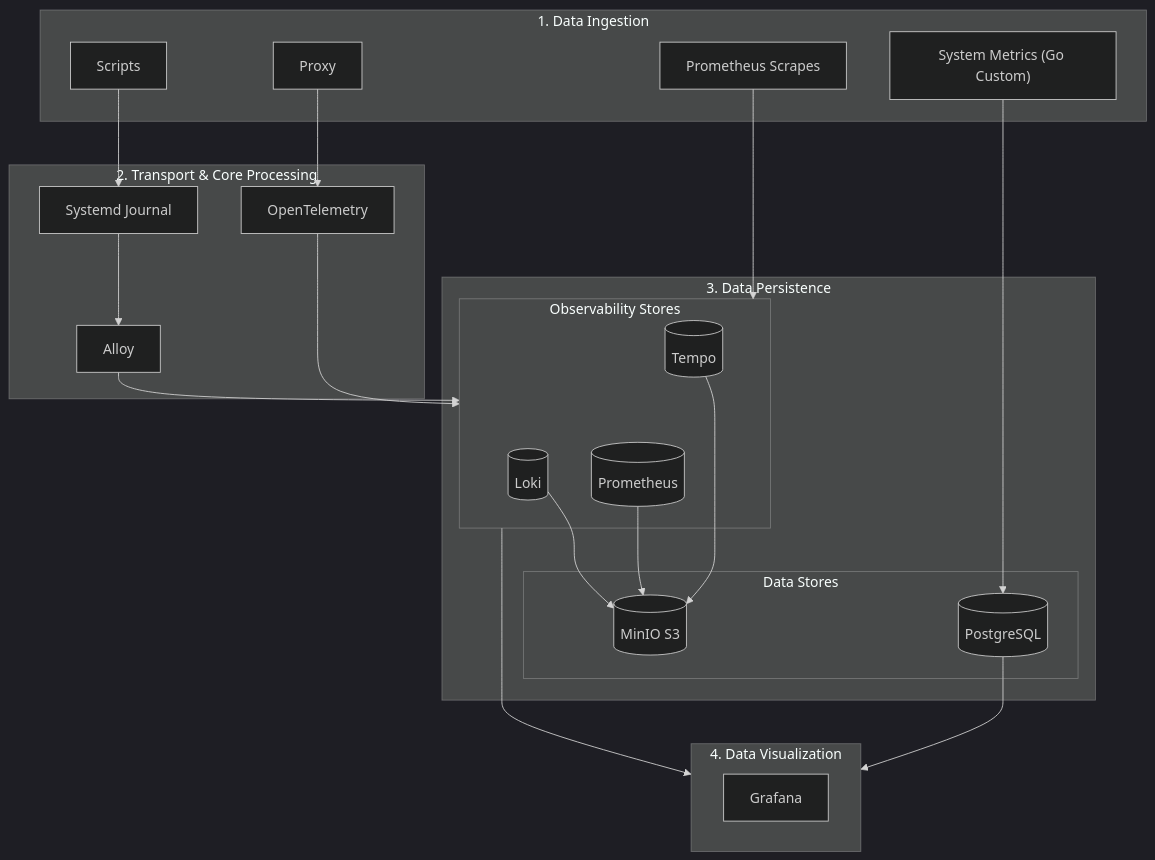
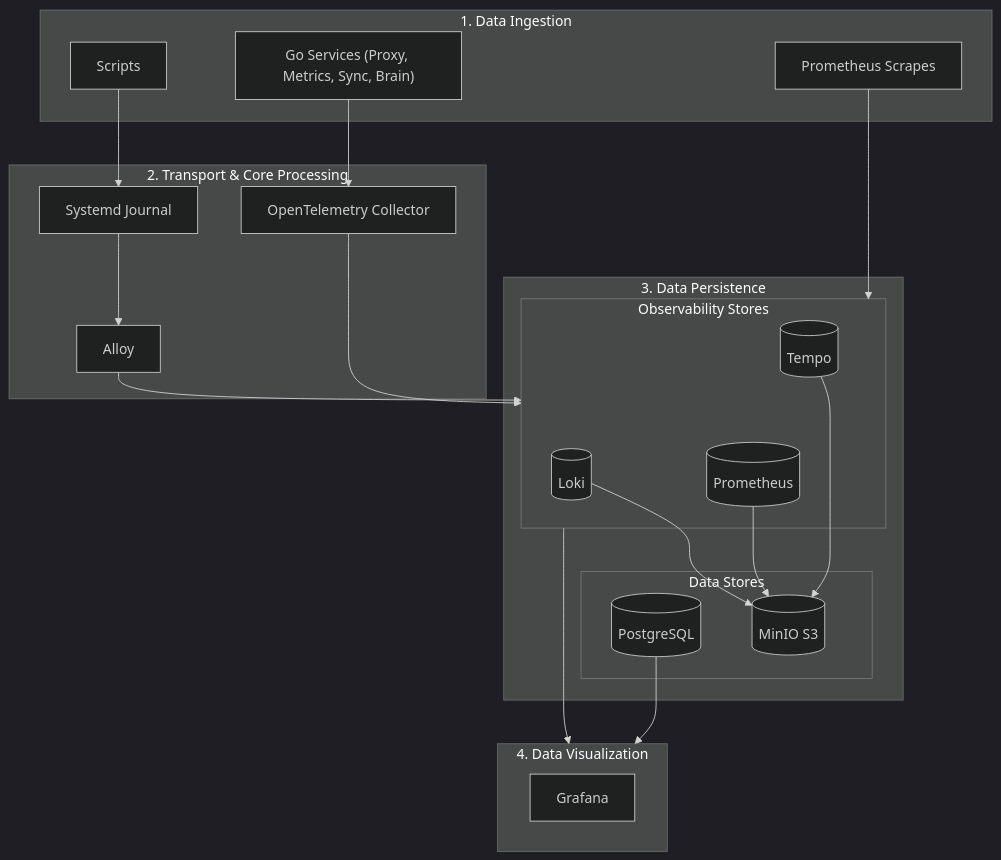
The diagram in docs/architecture/core-concepts/observability.md (victoriacheng15/observability-hub), drawn with Mermaid (dark theme) before and after one commit. The commit also changed other lines of this file and 10 other files, not shown here.

Commit message:
docs: memorialize pure wrapper architecture and advanced observability signals (#220)

````diff
--- a/docs/architecture/core-concepts/observability.md
+++ b/docs/architecture/core-concepts/observability.md
@@ -7,49 +7,47 @@
 ```mermaid
 graph TD
     subgraph Ingestion ["1. Data Ingestion"]
         ScriptLogs[Scripts]
-        Proxy[Proxy]
+        GoServices["Go Services (Proxy, Metrics, Sync, Brain)"]
         PromScrapes[Prometheus Scrapes]
-        SystemMetrics["System Metrics (Go Custom)"]
     end
 
     subgraph Processing ["2. Transport & Core Processing"]
         Journal[Systemd Journal]
         Alloy[Alloy]
-        OpenTelemetry[OpenTelemetry]
+        OpenTelemetry[OpenTelemetry Collector]
     end
 
     subgraph Persistence ["3. Data Persistence"]
         subgraph ObservabilityStores ["Observability Stores"]
             Loki[(Loki)]
             Tempo[(Tempo)]
             Prometheus[(Prometheus)]
         end
 
         subgraph DataStores ["Data Stores"]
             PostgreSQL[(PostgreSQL)]
             MinIO[(MinIO S3)]
         end
     end
 
     subgraph Visualization ["4. Data Visualization"]
         Grafana[Grafana]
     end
     
     %% Data Flow
     ScriptLogs --> Journal
-    Proxy --> OpenTelemetry
-    SystemMetrics --> PostgreSQL
+    GoServices --> OpenTelemetry
     PromScrapes --> ObservabilityStores
 
     Journal --> Alloy
     Alloy --> ObservabilityStores
     OpenTelemetry --> ObservabilityStores
     Tempo --> ObservabilityStores
 
     Loki --> MinIO
     Tempo --> MinIO
     Prometheus --> MinIO
-    PostgreSQL -->Visualization
+    PostgreSQL --> Visualization
     ObservabilityStores --> Visualization
 ```
````
